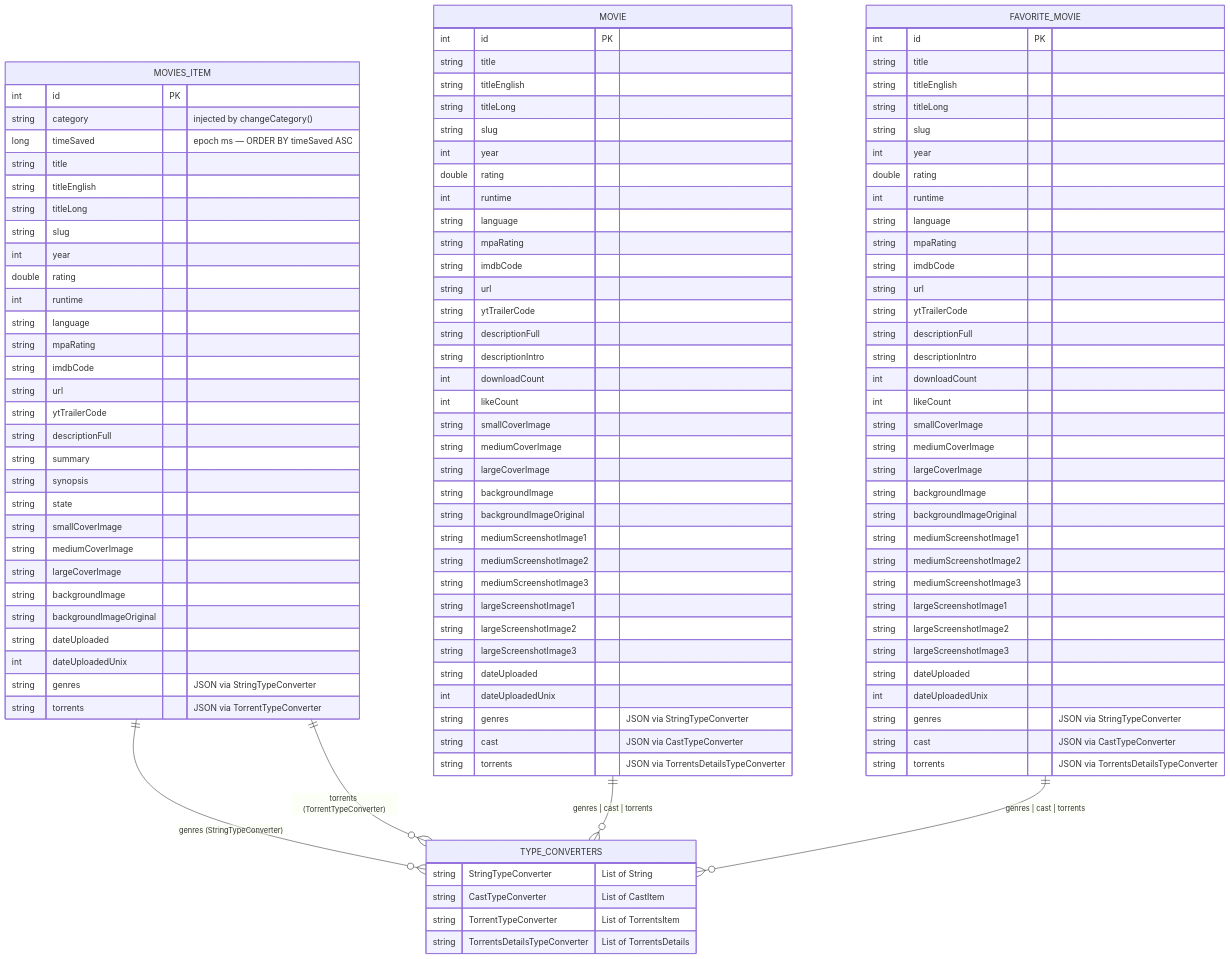
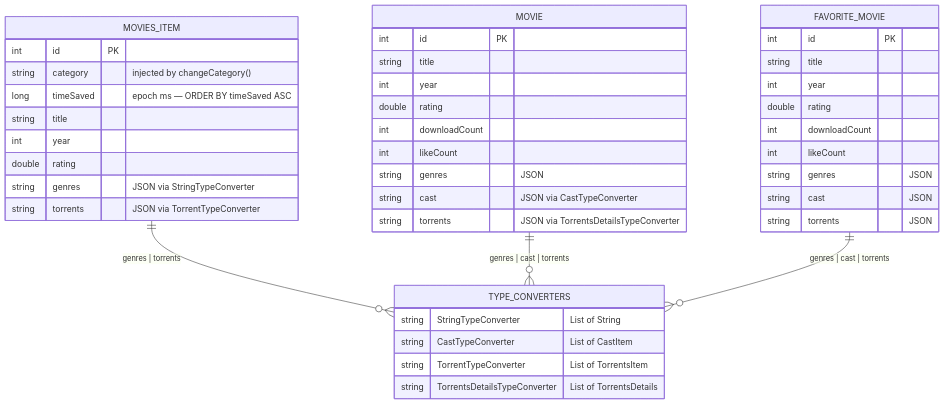
Before and after one commit to PRADEEPERIYASAMY/MyMovies: the fifth of 5 diagrams in README.md, drawn with Mermaid. The commit also changed other lines of this file, not shown here.

```diff
--- a/README.md
+++ b/README.md
@@ -706,28 +511,8 @@
         string category "injected by changeCategory()"
         long timeSaved "epoch ms — ORDER BY timeSaved ASC"
         string title
-        string titleEnglish
-        string titleLong
-        string slug
         int year
         double rating
-        int runtime
-        string language
-        string mpaRating
-        string imdbCode
-        string url
-        string ytTrailerCode
-        string descriptionFull
-        string summary
-        string synopsis
-        string state
-        string smallCoverImage
-        string mediumCoverImage
-        string largeCoverImage
-        string backgroundImage
-        string backgroundImageOriginal
-        string dateUploaded
-        int dateUploadedUnix
         string genres "JSON via StringTypeConverter"
         string torrents "JSON via TorrentTypeConverter"
     }
@@ -735,35 +520,11 @@
     MOVIE {
         int id PK
         string title
-        string titleEnglish
-        string titleLong
-        string slug
         int year
         double rating
-        int runtime
-        string language
-        string mpaRating
-        string imdbCode
-        string url
-        string ytTrailerCode
-        string descriptionFull
-        string descriptionIntro
         int downloadCount
         int likeCount
-        string smallCoverImage
-        string mediumCoverImage
-        string largeCoverImage
-        string backgroundImage
-        string backgroundImageOriginal
-        string mediumScreenshotImage1
-        string mediumScreenshotImage2
-        string mediumScreenshotImage3
-        string largeScreenshotImage1
-        string largeScreenshotImage2
-        string largeScreenshotImage3
-        string dateUploaded
-        int dateUploadedUnix
-        string genres "JSON via StringTypeConverter"
+        string genres "JSON"
         string cast "JSON via CastTypeConverter"
         string torrents "JSON via TorrentsDetailsTypeConverter"
     }
@@ -771,41 +532,16 @@
     FAVORITE_MOVIE {
         int id PK
         string title
-        string titleEnglish
-        string titleLong
-        string slug
         int year
         double rating
-        int runtime
-        string language
-        string mpaRating
-        string imdbCode
-        string url
-        string ytTrailerCode
-        string descriptionFull
-        string descriptionIntro
         int downloadCount
         int likeCount
-        string smallCoverImage
-        string mediumCoverImage
-        string largeCoverImage
-        string backgroundImage
-        string backgroundImageOriginal
-        string mediumScreenshotImage1
-        string mediumScreenshotImage2
-        string mediumScreenshotImage3
-        string largeScreenshotImage1
-        string largeScreenshotImage2
-        string largeScreenshotImage3
-        string dateUploaded
-        int dateUploadedUnix
-        string genres "JSON via StringTypeConverter"
-        string cast "JSON via CastTypeConverter"
-        string torrents "JSON via TorrentsDetailsTypeConverter"
+        string genres "JSON"
+        string cast "JSON"
+        string torrents "JSON"
     }
 
-    MOVIES_ITEM ||--o{ TYPE_CONVERTERS : "genres (StringTypeConverter)"
-    MOVIES_ITEM ||--o{ TYPE_CONVERTERS : "torrents (TorrentTypeConverter)"
+    MOVIES_ITEM ||--o{ TYPE_CONVERTERS : "genres | torrents"
     MOVIE ||--o{ TYPE_CONVERTERS : "genres | cast | torrents"
     FAVORITE_MOVIE ||--o{ TYPE_CONVERTERS : "genres | cast | torrents"
 
```
